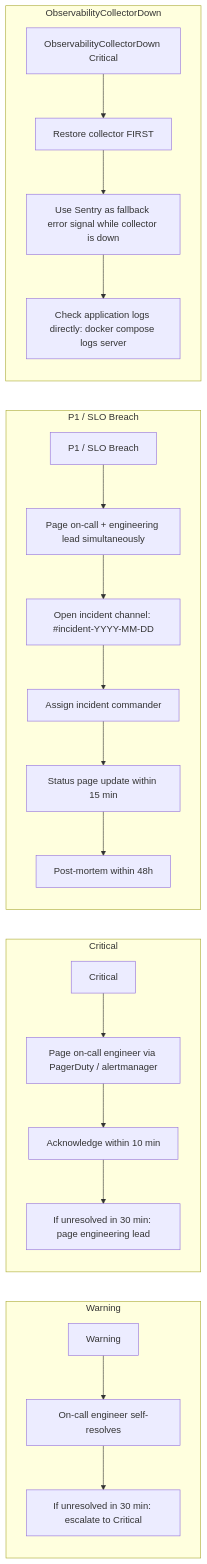
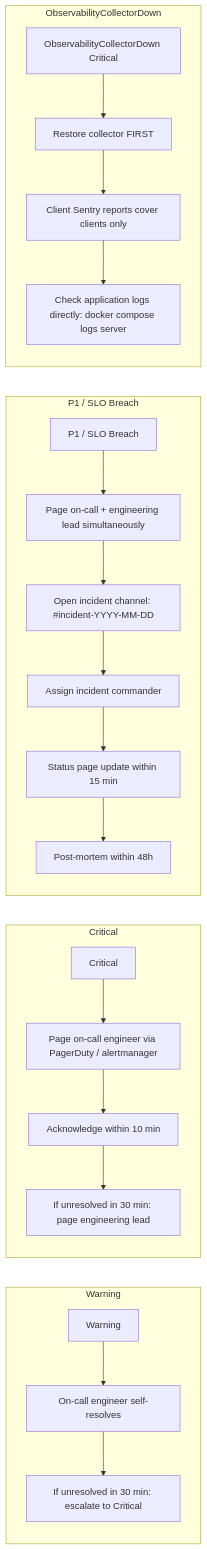
Before and after one commit to Detair/kaiku: the second of 2 diagrams in docs/admin-guide/ops/incident-triage-observability.md, drawn with Mermaid. The commit also changed other lines of this file and 1 other file, not shown here.

First line of the commit message:
docs(ops): correct log label, voice step and Sentry scope in observability runbooks

````diff
--- a/docs/admin-guide/ops/incident-triage-observability.md
+++ b/docs/admin-guide/ops/incident-triage-observability.md
@@ -156,27 +157,27 @@
 ```mermaid
 flowchart LR
     subgraph Warning
         W[Warning] --> W_SelfRes[On-call engineer self-resolves]
         W_SelfRes --> W_Esc[If unresolved in 30 min: escalate to Critical]
     end
 
     subgraph Critical
         C[Critical] --> C_Page[Page on-call engineer via PagerDuty / alertmanager]
         C_Page --> C_Ack[Acknowledge within 10 min]
         C_Ack --> C_Esc[If unresolved in 30 min: page engineering lead]
     end
 
     subgraph P1 / SLO Breach
         P1[P1 / SLO Breach] --> P1_Page[Page on-call + engineering lead simultaneously]
         P1_Page --> P1_Chan[Open incident channel: #incident-YYYY-MM-DD]
         P1_Chan --> P1_Cmd[Assign incident commander]
         P1_Cmd --> P1_Stat[Status page update within 15 min]
         P1_Stat --> P1_Post[Post-mortem within 48h]
     end
 
     subgraph ObservabilityCollectorDown
         OCD[ObservabilityCollectorDown Critical] --> OCD_Rest[Restore collector FIRST]
-        OCD_Rest --> OCD_Sentry[Use Sentry as fallback error signal while collector is down]
+        OCD_Rest --> OCD_Sentry[Client Sentry reports cover clients only]
         OCD_Sentry --> OCD_Logs[Check application logs directly: docker compose logs server]
     end
 ```
````
